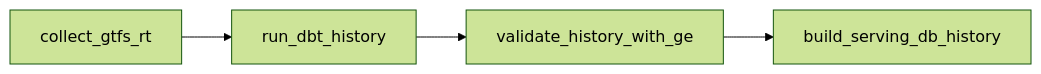
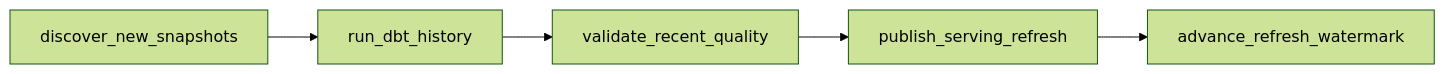
The fourth of 4 diagrams in docs/airflow.md (KYoussefAI/Mobility_Control_Tower), drawn with Mermaid (forest theme) before and after one commit. The commit also changed other lines of this file and 206 other files, not shown here.

````diff
--- a/docs/airflow.md
+++ b/docs/airflow.md
@@ -87,6 +104,7 @@
 ```mermaid
 flowchart LR
-    A[collect_gtfs_rt] --> B[run_dbt_history]
-    B --> C[validate_history_with_ge]
-    C --> D[build_serving_db_history]
+    A[discover_new_snapshots] --> B[run_dbt_history]
+    B --> C[validate_recent_quality]
+    C --> D[publish_serving_refresh]
+    D --> E[advance_refresh_watermark]
 ```
````
